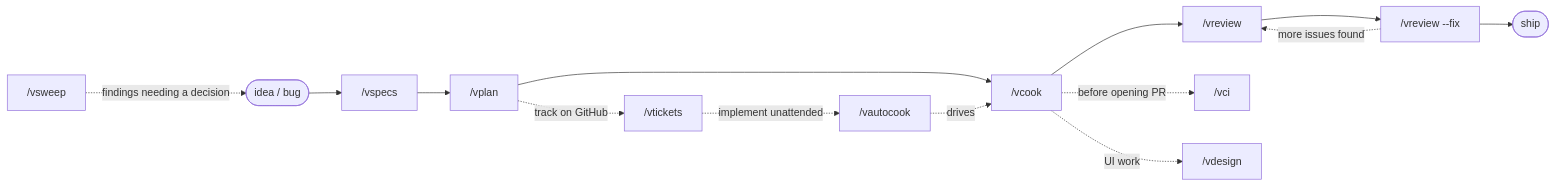
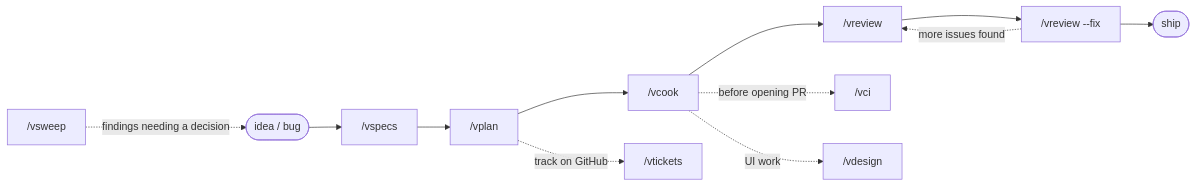
The diagram in README.md (vyvu99/vskills), drawn with Mermaid before and after one commit. The commit also changed other lines of this file and 50 other files, not shown here.

````diff
--- a/README.md
+++ b/README.md
@@ -58,18 +57,16 @@
 ```mermaid
 flowchart LR
     idea(["idea / bug"]) --> specs["/vspecs"]
     specs --> plan["/vplan"]
     plan --> cook["/vcook"]
     cook --> review["/vreview"]
     review --> fix["/vreview --fix"]
     fix -. more issues found .-> review
     fix --> ship(["ship"])
 
     plan -. track on GitHub .-> tickets["/vtickets"]
-    tickets -. implement unattended .-> auto["/vautocook"]
-    auto -. drives .-> cook
     cook -. before opening PR .-> ci["/vci"]
     cook -. UI work .-> design["/vdesign"]
 
     sweep["/vsweep"] -. findings needing a decision .-> idea
 ```
````
